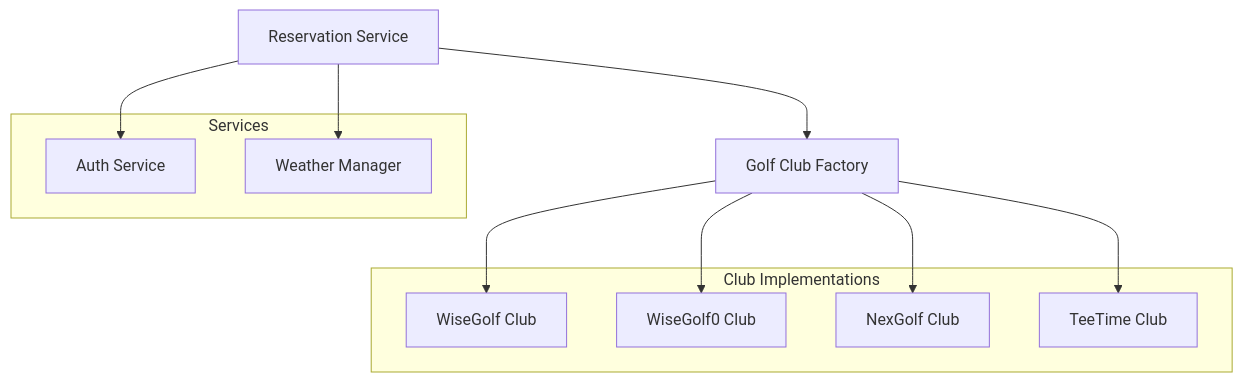
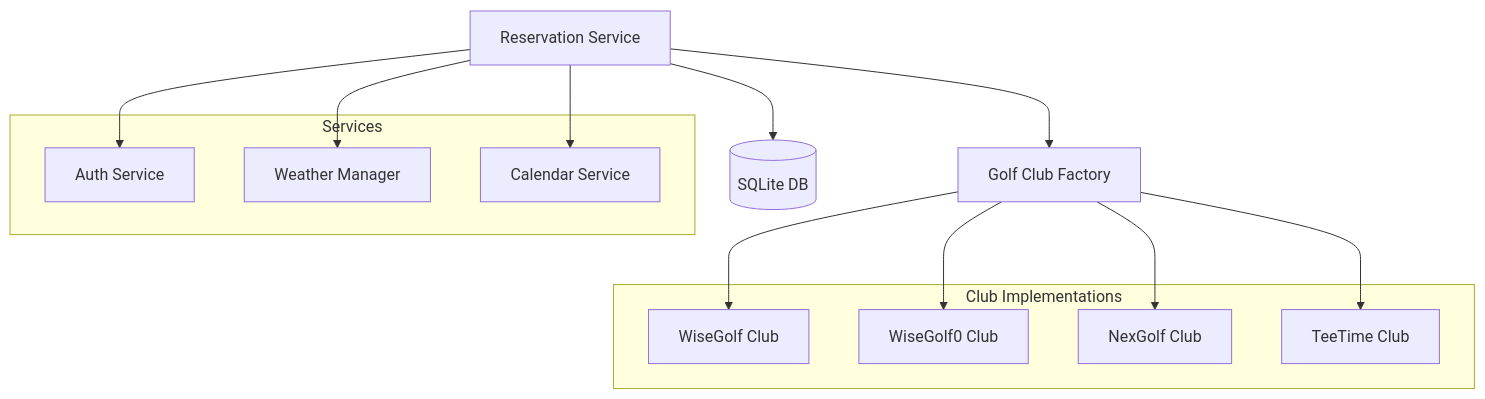
One commit to nasula/golfcal2 changed the first of 2 diagrams in docs/services/reservation/README.md. Above: the diagram before and after it, drawn with Mermaid. The commit also changed other lines of this file and 3 other files, not shown here.

````diff
--- a/docs/services/reservation/README.md
+++ b/docs/services/reservation/README.md
@@ -9,23 +9,26 @@
 ```mermaid
 graph TD
     RS[Reservation Service] --> AS[Auth Service]
     RS --> WM[Weather Manager]
     RS --> GCF[Golf Club Factory]
+    RS --> CS[Calendar Service]
+    RS --> DB[(SQLite DB)]
     
     GCF --> WG[WiseGolf Club]
     GCF --> WG0[WiseGolf0 Club]
     GCF --> NG[NexGolf Club]
     GCF --> TT[TeeTime Club]
     
     subgraph Club Implementations
         WG
         WG0
         NG
         TT
     end
     
     subgraph Services
         AS
         WM
+        CS
     end
 ```
````
